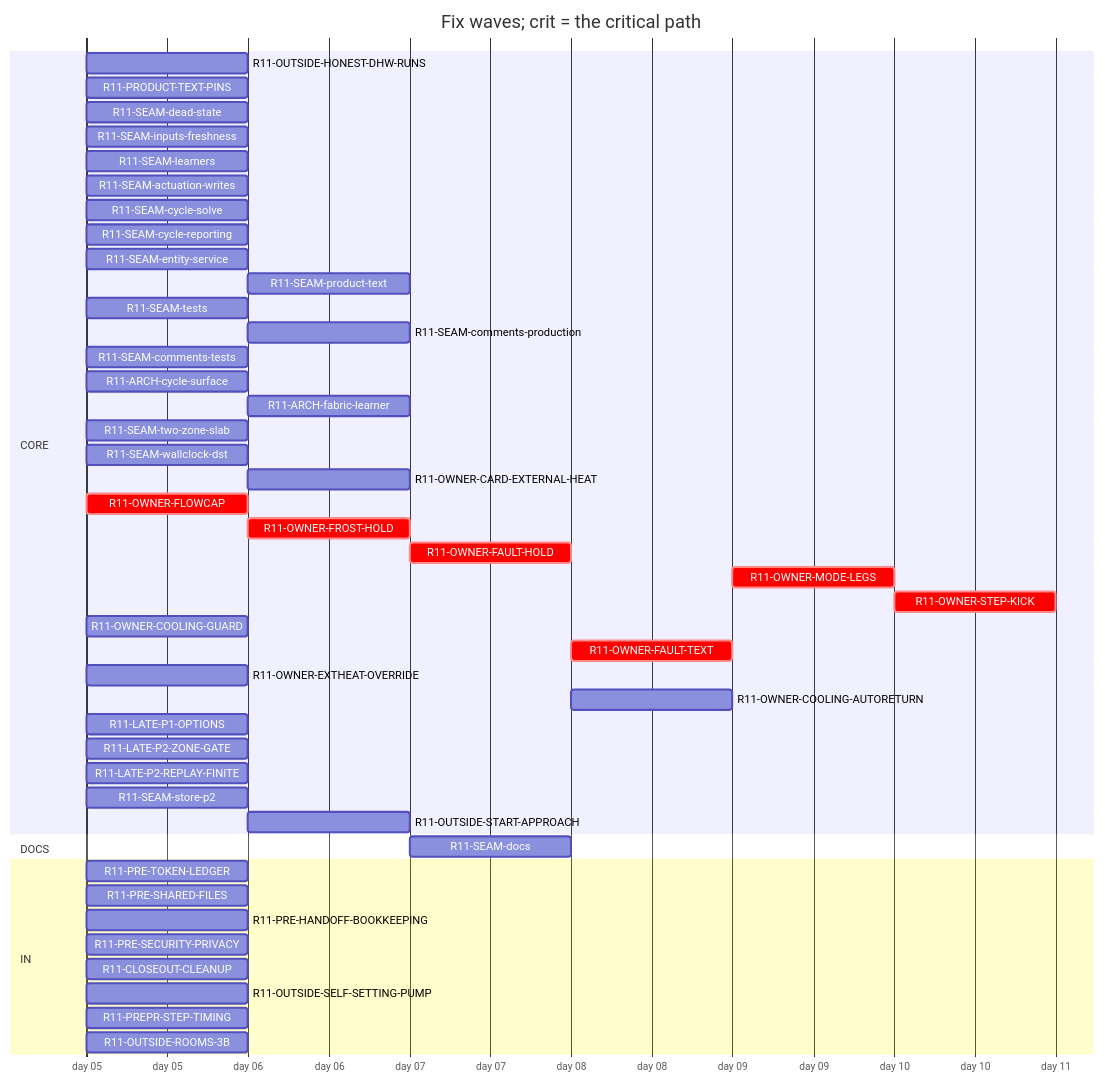
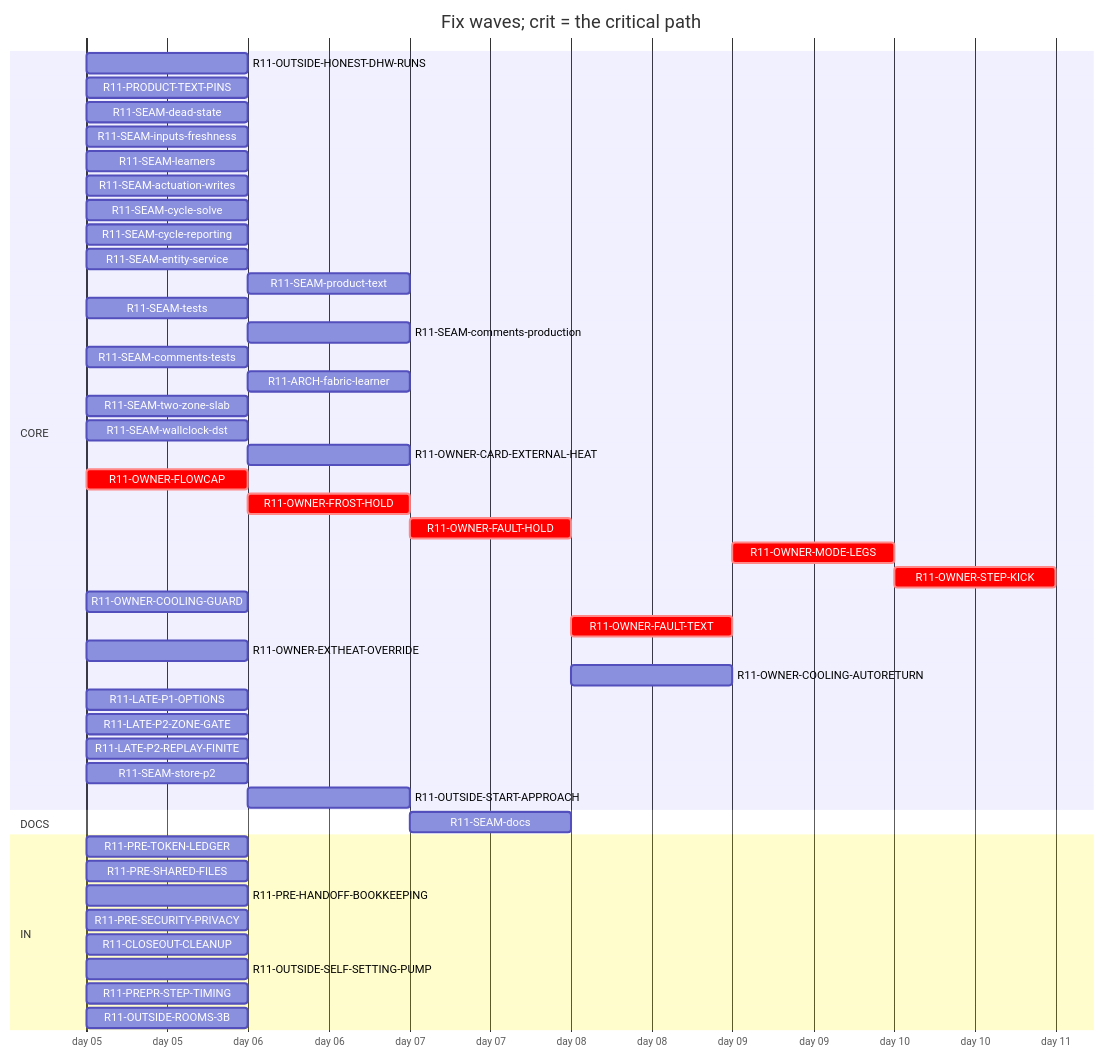
Before and after one commit to tvofi/heatpump_optimizer: the diagram in handoff/round11/state/PLAN-TABLE.md, drawn with Mermaid. The commit also changed other lines of this file and 4 other files, not shown here.

Commit message:
state: FLOW-BOARD.md, NEXT-SESSION-PROMPT.md, PLAN-TABLE.md, PLAN.html, RESUME-CURRENT.md regenerated (state_docs.py)

````diff
--- a/handoff/round11/state/PLAN-TABLE.md
+++ b/handoff/round11/state/PLAN-TABLE.md
@@ -16,50 +16,49 @@
 ```mermaid
 gantt
   title Fix waves; crit = the critical path
   dateFormat YYYY-MM-DD
   axisFormat day %d
   section CORE
     R11-OUTSIDE-HONEST-DHW-RUNS :r11OUTSIDEHONESTDHWRUNS, 2026-01-05, 1d
     R11-PRODUCT-TEXT-PINS :r11PRODUCTTEXTPINS, 2026-01-05, 1d
     R11-SEAM-dead-state :r11SEAMdeadstate, 2026-01-05, 1d
     R11-SEAM-inputs-freshness :r11SEAMinputsfreshness, 2026-01-05, 1d
     R11-SEAM-learners :r11SEAMlearners, 2026-01-05, 1d
     R11-SEAM-actuation-writes :r11SEAMactuationwrites, 2026-01-05, 1d
     R11-SEAM-cycle-solve :r11SEAMcyclesolve, 2026-01-05, 1d
     R11-SEAM-cycle-reporting :r11SEAMcyclereporting, 2026-01-05, 1d
     R11-SEAM-entity-service :r11SEAMentityservice, 2026-01-05, 1d
     R11-SEAM-product-text :r11SEAMproducttext, after r11SEAMactuationwrites r11SEAMentityservice r11SEAMinputsfreshness r11SEAMcyclesolve r11SEAMcyclereporting, 1d
     R11-SEAM-tests :r11SEAMtests, 2026-01-05, 1d
     R11-SEAM-comments-production :r11SEAMcommentsproduction, after r11SEAMactuationwrites r11SEAMentityservice r11SEAMinputsfreshness r11SEAMcyclesolve r11SEAMcyclereporting, 1d
     R11-SEAM-comments-tests :r11SEAMcommentstests, 2026-01-05, 1d
-    R11-ARCH-cycle-surface :r11ARCHcyclesurface, 2026-01-05, 1d
     R11-ARCH-fabric-learner :r11ARCHfabriclearner, after r11SEAMlearners, 1d
     R11-SEAM-two-zone-slab :r11SEAMtwozoneslab, 2026-01-05, 1d
     R11-SEAM-wallclock-dst :r11SEAMwallclockdst, 2026-01-05, 1d
     R11-OWNER-CARD-EXTERNAL-HEAT :r11OWNERCARDEXTERNALHEAT, after r11OWNEREXTHEATOVERRIDE, 1d
     R11-OWNER-FLOWCAP :crit, r11OWNERFLOWCAP, 2026-01-05, 1d
     R11-OWNER-FROST-HOLD :crit, r11OWNERFROSTHOLD, after r11OWNERFLOWCAP, 1d
     R11-OWNER-FAULT-HOLD :crit, r11OWNERFAULTHOLD, after r11OWNERFROSTHOLD, 1d
     R11-OWNER-MODE-LEGS :crit, r11OWNERMODELEGS, after r11OWNERFAULTTEXT, 1d
     R11-OWNER-STEP-KICK :crit, r11OWNERSTEPKICK, after r11OWNERMODELEGS, 1d
     R11-OWNER-COOLING-GUARD :r11OWNERCOOLINGGUARD, 2026-01-05, 1d
     R11-OWNER-FAULT-TEXT :crit, r11OWNERFAULTTEXT, after r11OWNERFAULTHOLD, 1d
     R11-OWNER-EXTHEAT-OVERRIDE :r11OWNEREXTHEATOVERRIDE, 2026-01-05, 1d
     R11-OWNER-COOLING-AUTORETURN :r11OWNERCOOLINGAUTORETURN, after r11OWNERCOOLINGGUARD r11OWNERFAULTHOLD, 1d
     R11-LATE-P1-OPTIONS :r11LATEP1OPTIONS, 2026-01-05, 1d
     R11-LATE-P2-ZONE-GATE :r11LATEP2ZONEGATE, 2026-01-05, 1d
     R11-LATE-P2-REPLAY-FINITE :r11LATEP2REPLAYFINITE, 2026-01-05, 1d
     R11-SEAM-store-p2 :r11SEAMstorep2, 2026-01-05, 1d
     R11-OUTSIDE-START-APPROACH :r11OUTSIDESTARTAPPROACH, after r11OUTSIDEHONESTDHWRUNS r11SEAMlearners, 1d
   section DOCS
     R11-SEAM-docs :r11SEAMdocs, after r11SEAMlearners r11SEAMactuationwrites r11SEAMentityservice r11SEAMinputsfreshness r11SEAMcyclesolve r11SEAMcyclereporting r11SEAMproducttext, 1d
   section IN
     R11-PRE-TOKEN-LEDGER :r11PRETOKENLEDGER, 2026-01-05, 1d
     R11-PRE-SHARED-FILES :r11PRESHAREDFILES, 2026-01-05, 1d
     R11-PRE-HANDOFF-BOOKKEEPING :r11PREHANDOFFBOOKKEEPING, 2026-01-05, 1d
     R11-PRE-SECURITY-PRIVACY :r11PRESECURITYPRIVACY, 2026-01-05, 1d
     R11-CLOSEOUT-CLEANUP :r11CLOSEOUTCLEANUP, 2026-01-05, 1d
     R11-OUTSIDE-SELF-SETTING-PUMP :r11OUTSIDESELFSETTINGPUMP, 2026-01-05, 1d
     R11-PREPR-STEP-TIMING :r11PREPRSTEPTIMING, 2026-01-05, 1d
     R11-OUTSIDE-ROOMS-3B :r11OUTSIDEROOMS3B, 2026-01-05, 1d
 ```
````
